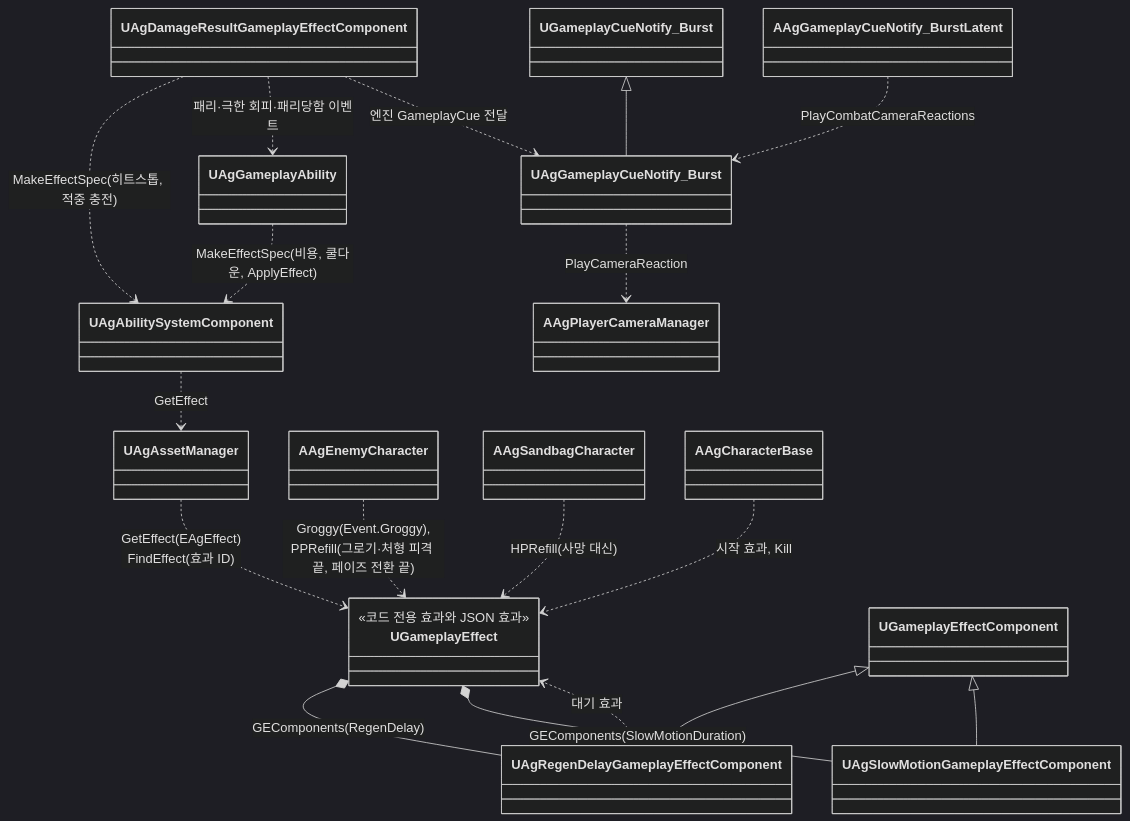
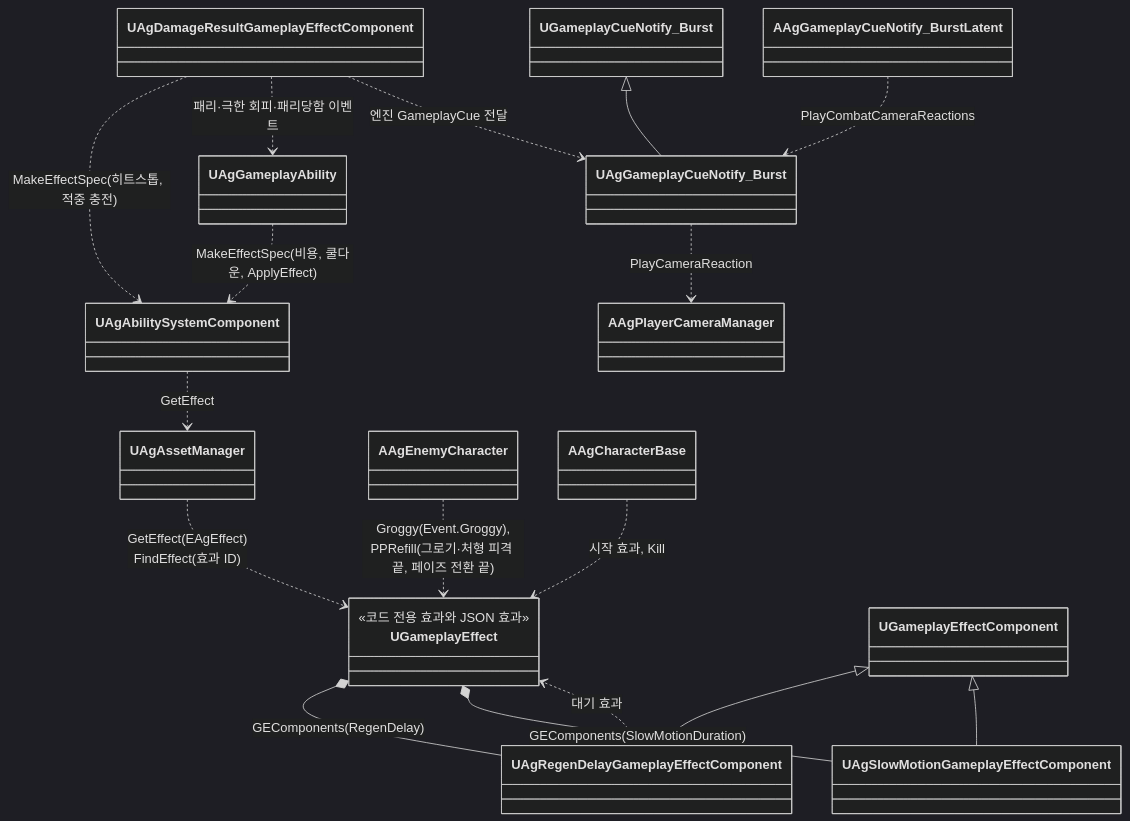
Before and after one commit to Woogl/Ag: the sixth of 6 diagrams in Docs/Architecture/캐릭터 기반 구조와 GAS.md, drawn with Mermaid (dark theme). The commit also changed other lines of this file and 34 other files, not shown here.

````diff
--- a/Docs/Architecture/캐릭터 기반 구조와 GAS.md
+++ b/Docs/Architecture/캐릭터 기반 구조와 GAS.md
@@ -247,24 +242,23 @@
 ```mermaid
 classDiagram
     direction TB
     class UGameplayEffect {
         <<코드 전용 효과와 JSON 효과>>
     }
     UAgAssetManager ..> UGameplayEffect : GetEffect(EAgEffect)<br>FindEffect(효과 ID)
     UGameplayEffectComponent <|-- UAgRegenDelayGameplayEffectComponent
     UGameplayEffect *-- UAgRegenDelayGameplayEffectComponent : GEComponents(RegenDelay)
     UAgRegenDelayGameplayEffectComponent ..> UGameplayEffect : 대기 효과
     UGameplayEffectComponent <|-- UAgSlowMotionGameplayEffectComponent
     UGameplayEffect *-- UAgSlowMotionGameplayEffectComponent : GEComponents(SlowMotionDuration)
     UAgAbilitySystemComponent ..> UAgAssetManager : GetEffect
     UAgGameplayAbility ..> UAgAbilitySystemComponent : MakeEffectSpec(비용, 쿨다운, ApplyEffect)
     UAgDamageResultGameplayEffectComponent ..> UAgAbilitySystemComponent : MakeEffectSpec(히트스톱, 적중 충전)
     UAgDamageResultGameplayEffectComponent ..> UAgGameplayAbility : 패리·극한 회피·패리당함 이벤트
     UGameplayCueNotify_Burst <|-- UAgGameplayCueNotify_Burst
     UAgDamageResultGameplayEffectComponent ..> UAgGameplayCueNotify_Burst : 엔진 GameplayCue 전달
     AAgGameplayCueNotify_BurstLatent ..> UAgGameplayCueNotify_Burst : PlayCombatCameraReactions
     UAgGameplayCueNotify_Burst ..> AAgPlayerCameraManager : PlayCameraReaction
     AAgEnemyCharacter ..> UGameplayEffect : Groggy(Event.Groggy),<br>PPRefill(그로기·처형 피격 끝, 페이즈 전환 끝)
-    AAgSandbagCharacter ..> UGameplayEffect : HPRefill(사망 대신)
     AAgCharacterBase ..> UGameplayEffect : 시작 효과, Kill
 ```
````
